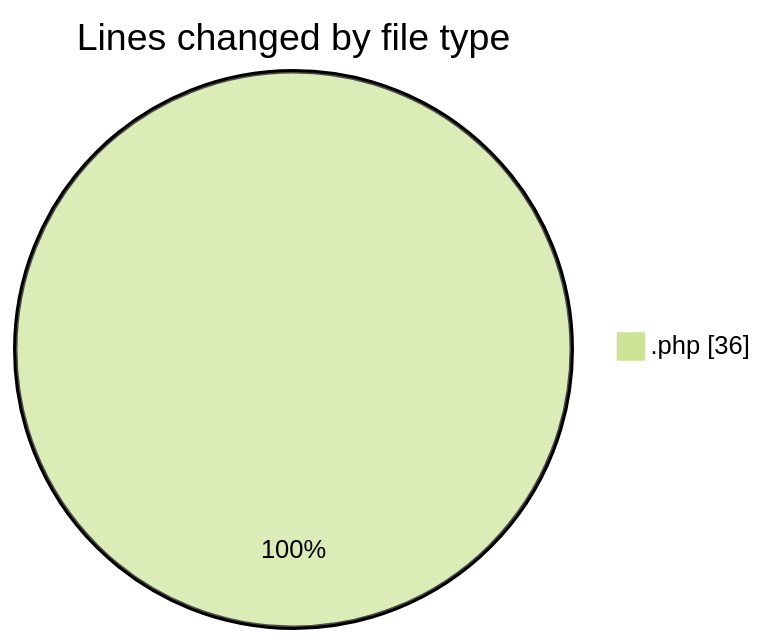
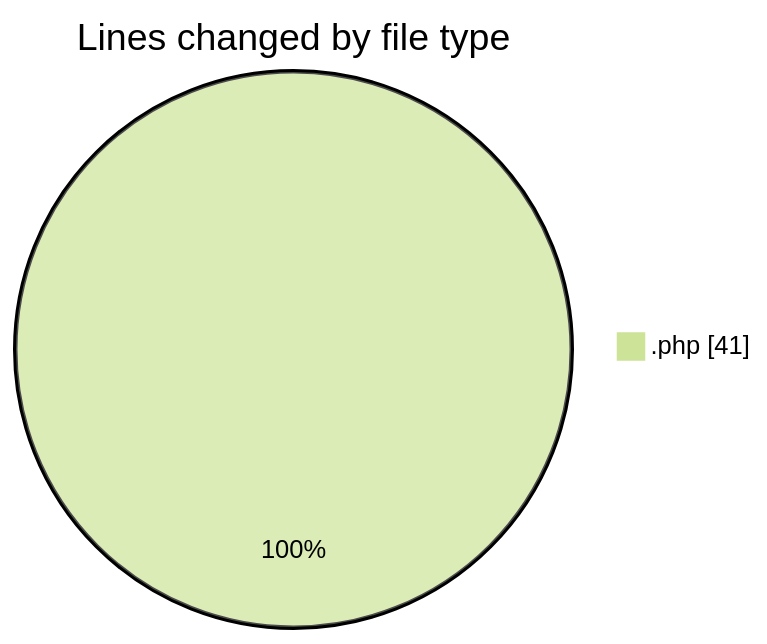
The first of 2 diagrams in 2025-05-14/web/README.md (LanceThiago/code-tracking), drawn with Mermaid (forest theme) before and after one commit. The commit also changed other lines of this file and 1 other file, not shown here.

````diff
--- a/2025-05-14/web/README.md
+++ b/2025-05-14/web/README.md
@@ -20,5 +20,5 @@
 ```mermaid
 pie showData
 title Lines changed by file type
-".php" : 36
+".php" : 41
 ```
````
